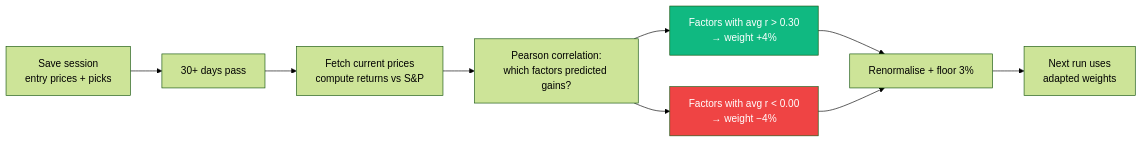
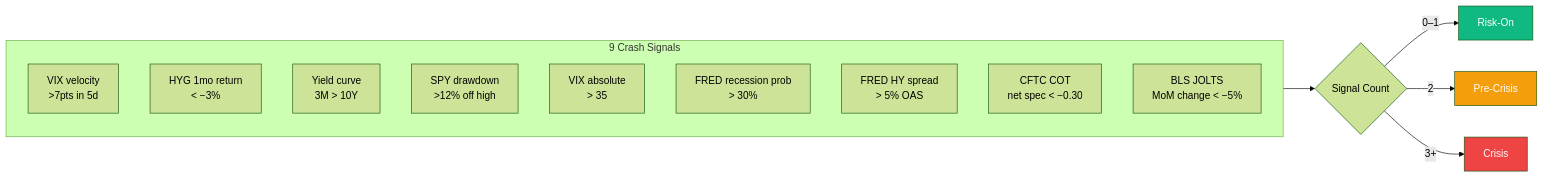
Before and after one commit to Justme-Cliff/Investing-ML: the third of 4 diagrams in README.md, drawn with Mermaid (forest theme). The commit also changed other lines of this file and 18 other files, not shown here.

````diff
--- a/README.md
+++ b/README.md
@@ -510,14 +401,23 @@
 ```mermaid
 flowchart LR
-    S1[Save session\nentry prices + picks] --> WAIT[30+ days pass]
-    WAIT --> EVAL[Fetch current prices\ncompute returns vs S&P]
-    EVAL --> CORR[Pearson correlation:\nwhich factors predicted gains?]
-    CORR --> UP["Factors with avg r > 0.30\n→ weight +4%"]
-    CORR --> DOWN["Factors with avg r < 0.00\n→ weight −4%"]
-    UP --> NORM[Renormalise + floor 3%]
-    DOWN --> NORM
-    NORM --> NEXT[Next run uses\nadapted weights]
+    subgraph SIGNALS["9 Crash Signals"]
+        S1[VIX velocity\n>7pts in 5d]
+        S2[HYG 1mo return\n< −3%]
+        S3[Yield curve\n3M > 10Y]
+        S4[SPY drawdown\n>12% off high]
+        S5[VIX absolute\n> 35]
+        S6[FRED recession prob\n> 30%]
+        S7[FRED HY spread\n> 5% OAS]
+        S8[CFTC COT\nnet spec < −0.30]
+        S9[BLS JOLTS\nMoM change < −5%]
+    end
 
-    style UP fill:#10B981,color:#fff
-    style DOWN fill:#EF4444,color:#fff
+    SIGNALS --> COUNT{Signal Count}
+    COUNT -->|0–1| RO[Risk-On]
+    COUNT -->|2| PC[Pre-Crisis]
+    COUNT -->|3+| CR[Crisis]
+
+    style CR fill:#EF4444,color:#fff
+    style PC fill:#F59E0B,color:#fff
+    style RO fill:#10B981,color:#fff
 ```
````
